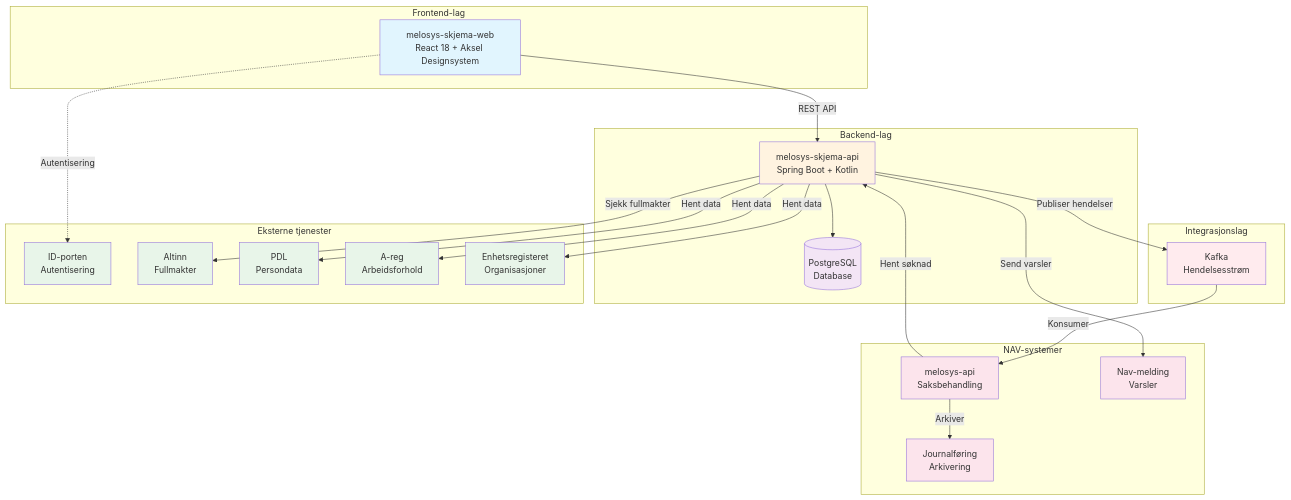
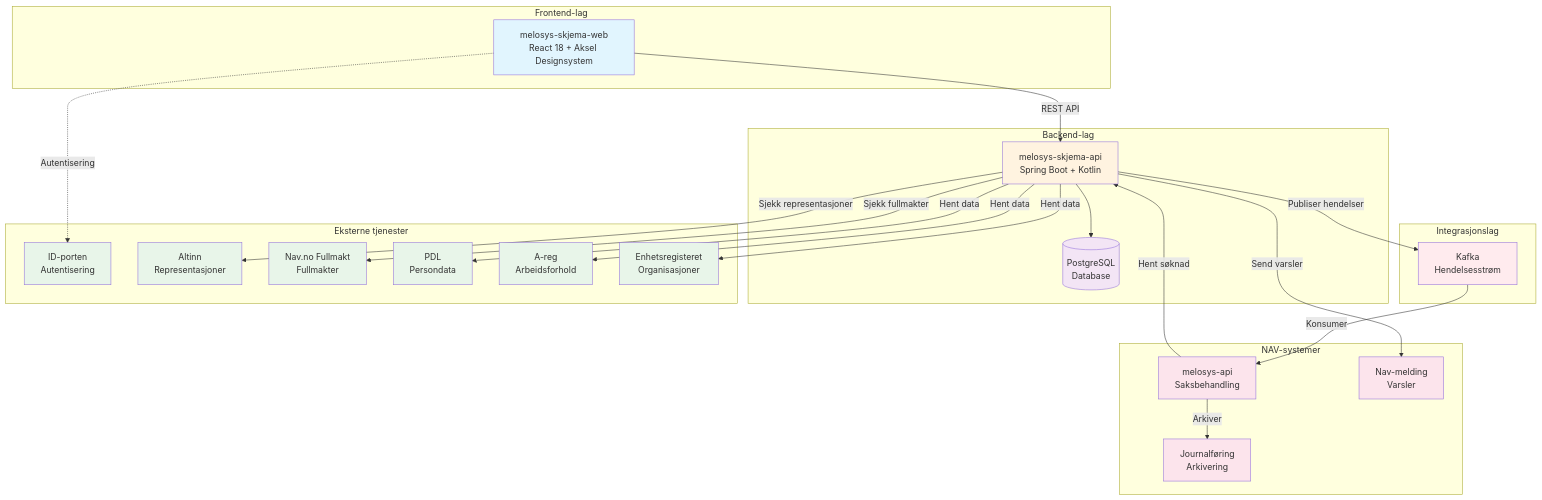
One commit to navikt/melosys-skjema-api changed the first of 10 diagrams in README.md. Above: the diagram before and after it, drawn with Mermaid. The commit also changed other lines of this file and 2 other files, not shown here.

````diff
--- a/README.md
+++ b/README.md
@@ -58,56 +58,59 @@
 ```mermaid
 graph TB
     subgraph "Frontend-lag"
         Web[melosys-skjema-web<br/>React 18 + Aksel Designsystem]
         style Web fill:#e1f5fe
     end
 
     subgraph "Backend-lag"
         API[melosys-skjema-api<br/>Spring Boot + Kotlin]
         DB[(PostgreSQL<br/>Database)]
         style API fill:#fff3e0
         style DB fill:#f3e5f5
     end
 
     subgraph "Integrasjonslag"
         Kafka[Kafka<br/>Hendelsesstrøm]
         style Kafka fill:#ffebee
     end
 
     subgraph "Eksterne tjenester"
         IDPorten[ID-porten<br/>Autentisering]
-        Altinn[Altinn<br/>Fullmakter]
+        Altinn[Altinn<br/>Representasjoner]
+        NavFullmakt[Nav.no Fullmakt<br/>Fullmakter]
         PDL[PDL<br/>Persondata]
         Areg[A-reg<br/>Arbeidsforhold]
         Enhetsreg[Enhetsregisteret<br/>Organisasjoner]
         style IDPorten fill:#e8f5e9
         style Altinn fill:#e8f5e9
+        style NavFullmakt fill:#e8f5e9
         style PDL fill:#e8f5e9
         style Areg fill:#e8f5e9
         style Enhetsreg fill:#e8f5e9
     end
 
     subgraph "NAV-systemer"
         MelosysAPI[melosys-api<br/>Saksbehandling]
         NavMelding[Nav-melding<br/>Varsler]
         Journal[Journalføring<br/>Arkivering]
         style MelosysAPI fill:#fce4ec
         style NavMelding fill:#fce4ec
         style Journal fill:#fce4ec
     end
 
     Web -->|REST API| API
     API --> DB
     API -->|Hent data| PDL
     API -->|Hent data| Areg
     API -->|Hent data| Enhetsreg
-    API -->|Sjekk fullmakter| Altinn
+    API -->|Sjekk representasjoner| Altinn
+    API -->|Sjekk fullmakter| NavFullmakt
     API -->|Publiser hendelser| Kafka
     API -->|Send varsler| NavMelding
 
     Kafka -->|Konsumer| MelosysAPI
     MelosysAPI -->|Hent søknad| API
     MelosysAPI -->|Arkiver| Journal
 
     Web -.->|Autentisering| IDPorten
 ```
````
